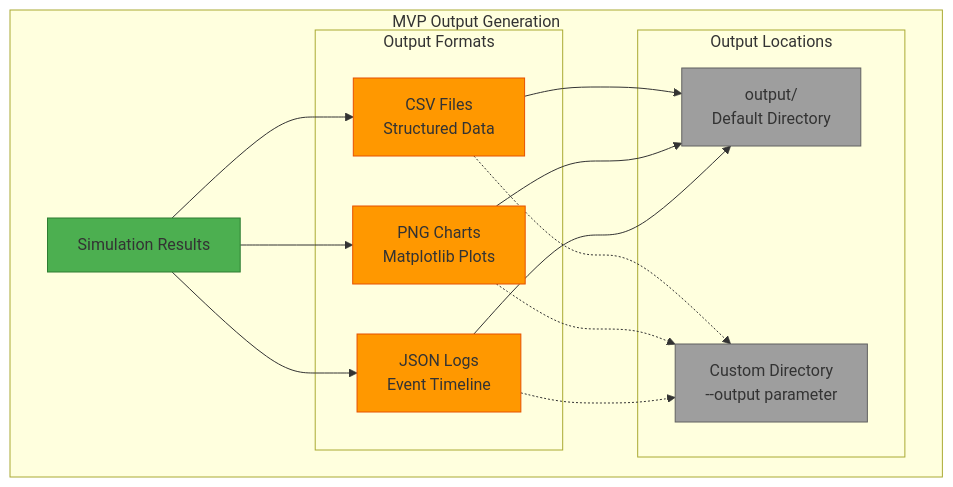
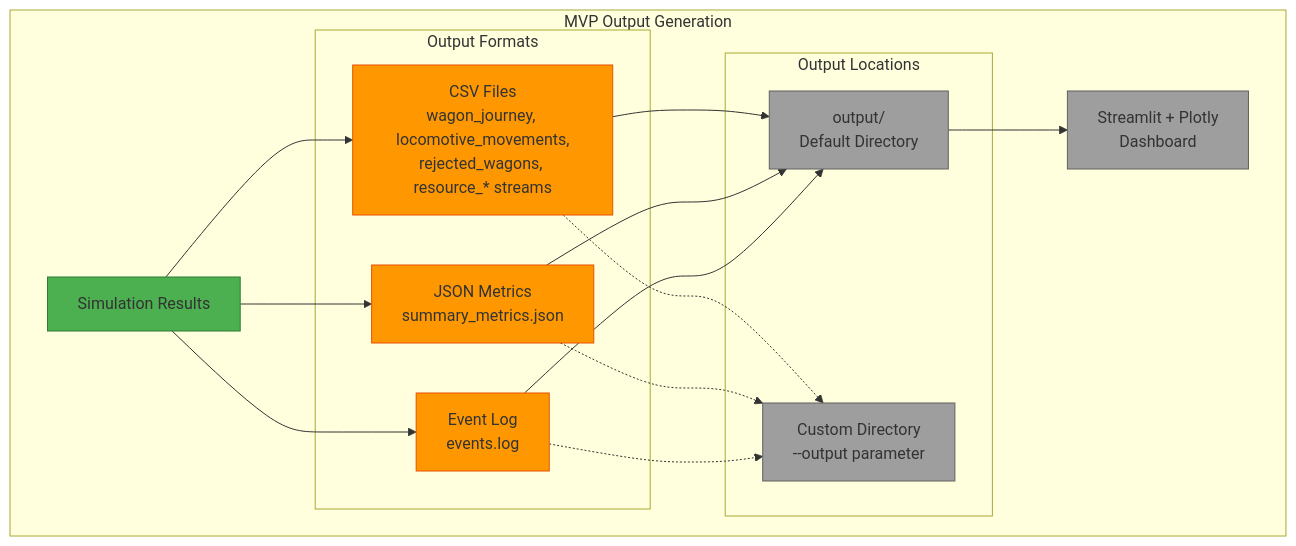
One commit to OpenRailAssociation/dac-migration-dss-popupsim changed the third of 5 diagrams in docs/mvp/architecture/07-deployment.md. Above: the diagram before and after it, drawn with Mermaid. The commit also changed other lines of this file and 73 other files, not shown here.

````diff
--- a/docs/mvp/architecture/07-deployment.md
+++ b/docs/mvp/architecture/07-deployment.md
@@ -273,37 +274,41 @@
 ```mermaid
 graph TB
     subgraph "MVP Output Generation"
         Simulation[Simulation Results]
 
         subgraph "Output Formats"
-            CSV[CSV Files<br/>Structured Data]
-            PNG[PNG Charts<br/>Matplotlib Plots]
-            JSON[JSON Logs<br/>Event Timeline]
+            CSV[CSV Files<br/>wagon_journey, locomotive_movements,<br/>rejected_wagons, resource_* streams]
+            JSON[JSON Metrics<br/>summary_metrics.json]
+            LOG[Event Log<br/>events.log]
         end
 
         subgraph "Output Locations"
             OutputDir[output/<br/>Default Directory]
             CustomDir[Custom Directory<br/>--output parameter]
         end
+
+        Dashboard[Streamlit + Plotly<br/>Dashboard]
     end
 
     Simulation --> CSV
-    Simulation --> PNG
     Simulation --> JSON
+    Simulation --> LOG
 
     CSV --> OutputDir
-    PNG --> OutputDir
     JSON --> OutputDir
+    LOG --> OutputDir
 
     CSV -.-> CustomDir
-    PNG -.-> CustomDir
     JSON -.-> CustomDir
+    LOG -.-> CustomDir
+
+    OutputDir --> Dashboard
 
     classDef simulation fill:#4caf50,stroke:#2e7d32
     classDef format fill:#ff9800,stroke:#e65100
     classDef location fill:#9e9e9e,stroke:#616161
 
     class Simulation simulation
-    class CSV,PNG,JSON format
-    class OutputDir,CustomDir location
+    class CSV,JSON,LOG format
+    class OutputDir,CustomDir,Dashboard location
 ```
````
